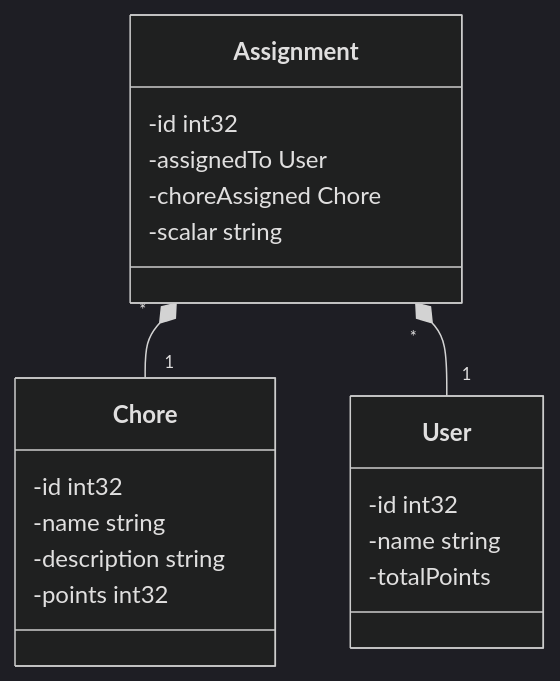
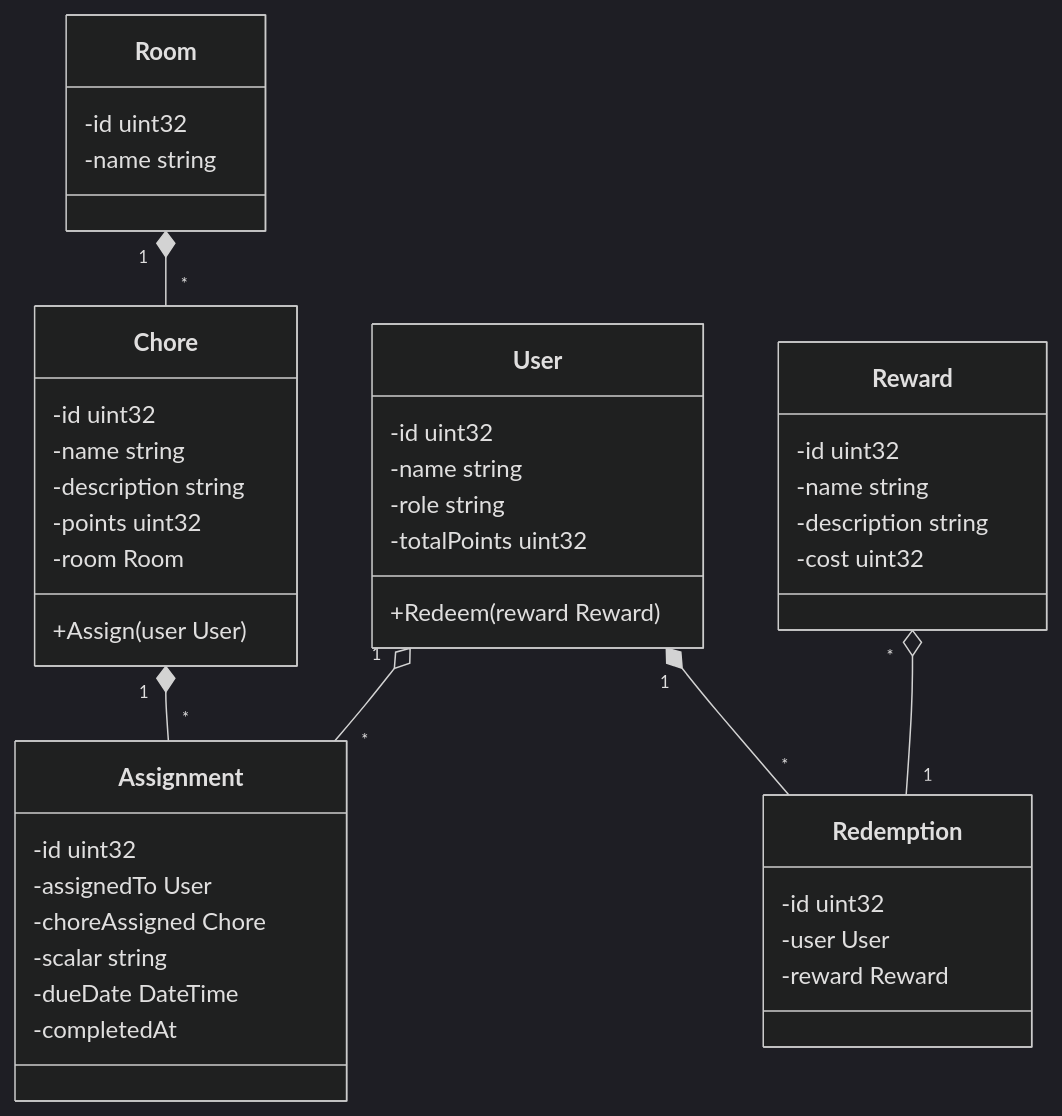
Before and after one commit to RKochenderfer/home-manager: the diagram in diagrams/class-diagram.md, drawn with Mermaid (dark theme).

Commit message:
Update class diagram

````diff
--- a/diagrams/class-diagram.md
+++ b/diagrams/class-diagram.md
@@ -1,25 +1,52 @@
 ```mermaid
 classDiagram
-	Assignment "*" *-- "1" Chore
-	Assignment "*" *-- "1" User
+	Chore "1" *-- "*" Assignment
+	User "1" o-- "*" Assignment
+	User "1" *-- "*" Redemption
+	Room "1" *-- "*" Chore
+	Reward "*" o-- "1" Redemption
 
 	class Chore{
-		-id int32
+		-id uint32
 		-name string
 		-description string
-		-points int32
+		-points uint32
+		-room Room
+		+Assign(user User)
+	}
+
+	class Room {
+		-id uint32
+		-name string
 	}
 
 	class Assignment{
-		-id int32
+		-id uint32
 		-assignedTo User
 		-choreAssigned Chore
 		-scalar string
+		-dueDate DateTime
+		-completedAt 
 	}
 
 	class User{
-		-id int32
+		-id uint32
 		-name string
-		-totalPoints
+		-role string
+		-totalPoints uint32
+		+Redeem(reward Reward)
+	}
+
+	class Reward{
+		-id uint32
+		-name string
+		-description string
+		-cost uint32
+	}
+
+	class Redemption{
+		-id uint32
+		-user User
+		-reward Reward
 	}
 ```
````
